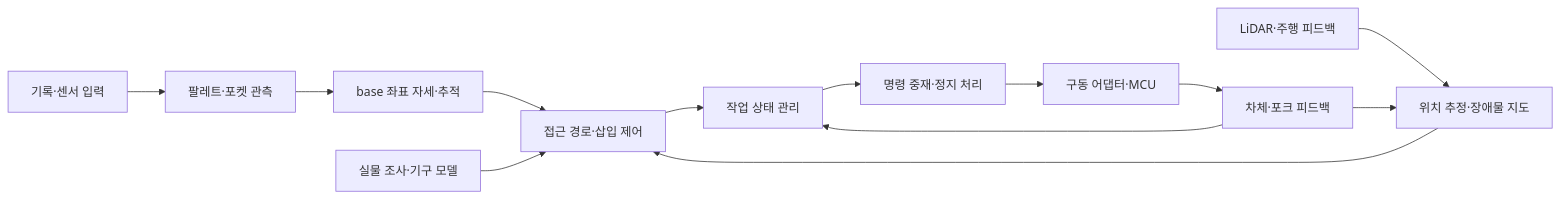
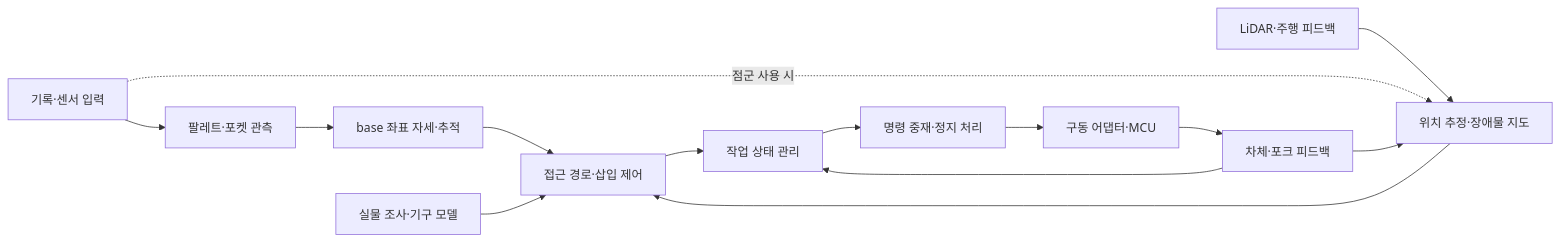
One commit to lightminn/forklift changed the diagram in docs/plans/2026-09-11-development-roadmap.md. Above: the diagram before and after it, drawn with Mermaid. The commit also changed other lines of this file, not shown here.

````diff
--- a/docs/plans/2026-09-11-development-roadmap.md
+++ b/docs/plans/2026-09-11-development-roadmap.md
@@ -23,15 +23,16 @@
 ```mermaid
 flowchart LR
   S[기록·센서 입력] --> P[팔레트·포켓 관측]
   P --> T[base 좌표 자세·추적]
   L[LiDAR·주행 피드백] --> O[위치 추정·장애물 지도]
+  S -.->|점군 사용 시| O
   T --> A[접근 경로·삽입 제어]
   O --> A
   H[실물 조사·기구 모델] --> A
   A --> M[작업 상태 관리]
   M --> C[명령 중재·정지 처리]
   C --> D[구동 어댑터·MCU]
   D --> F[차체·포크 피드백]
   F --> O
   F --> M
 ```
````
